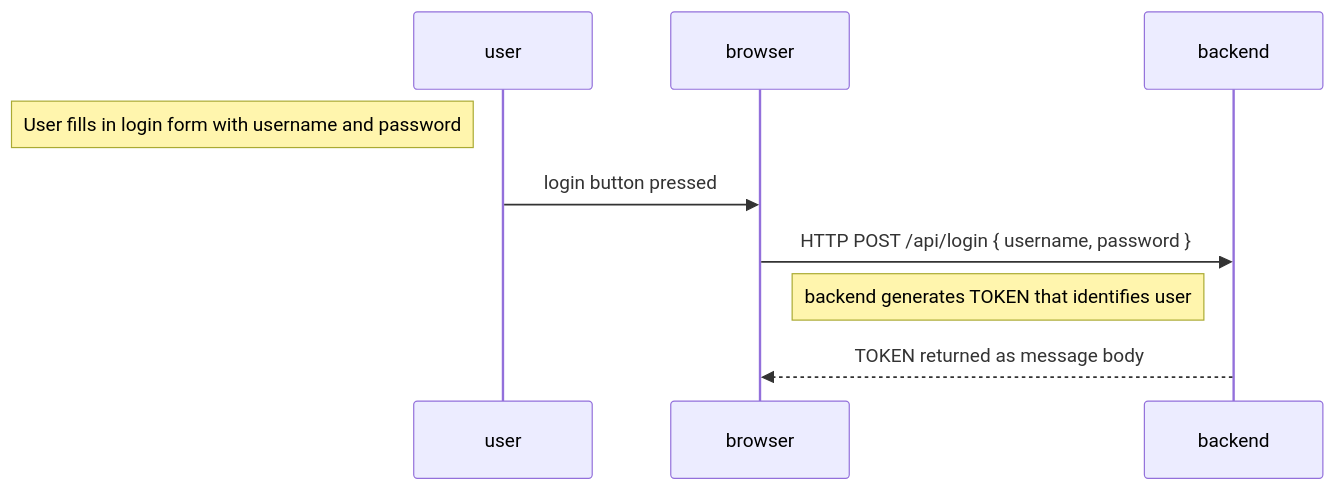
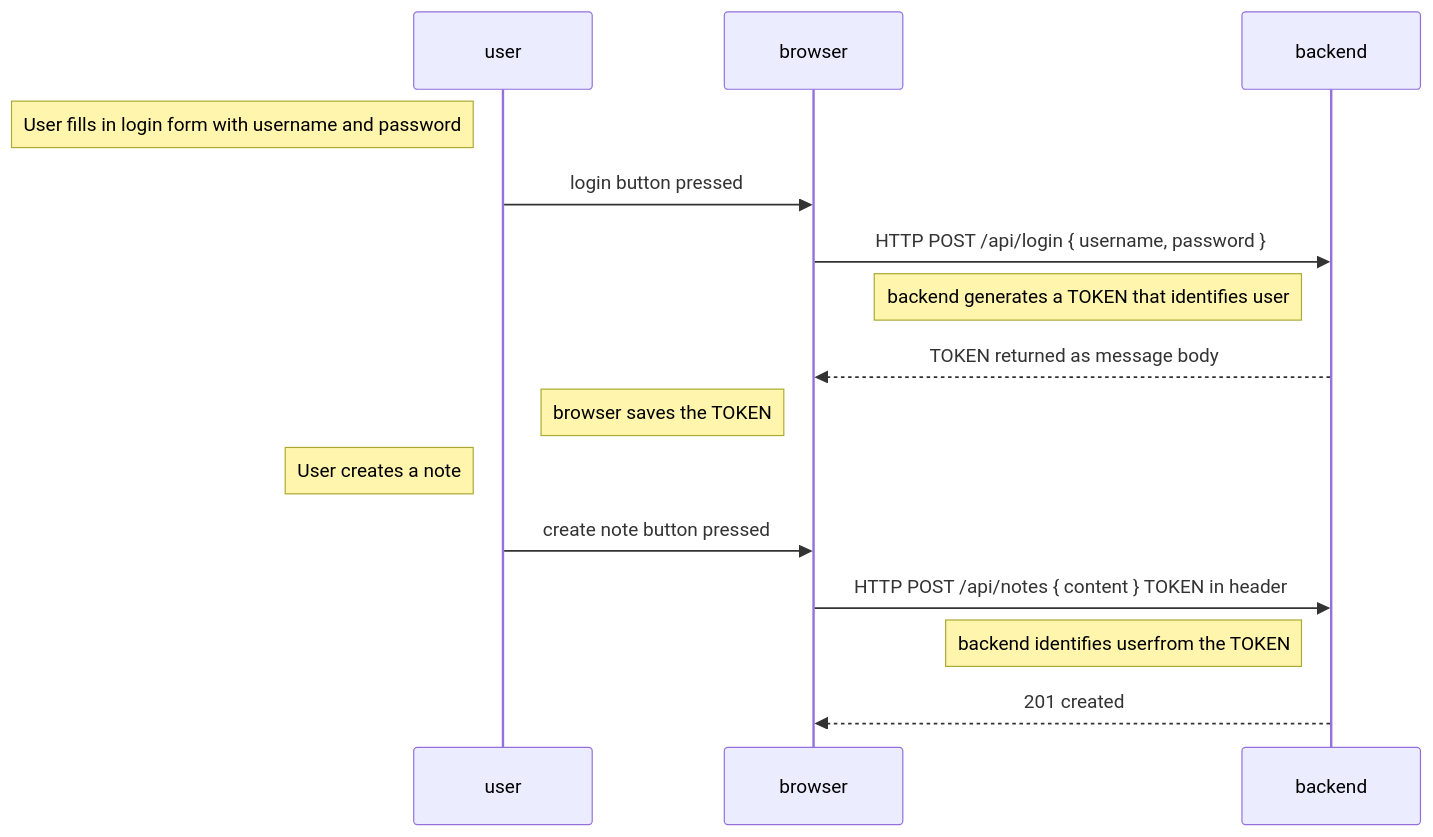
One commit to fullstack-hy2020/misc changed the third of 3 diagrams in README.md. Above: the diagram before and after it, drawn with Mermaid.

````diff
--- a/README.md
+++ b/README.md
@@ -54,14 +54,23 @@
 ```mermaid
 sequenceDiagram
     participant user
     participant browser
     participant backend
     
     Note left of user: User fills in login form with username and password
     user->>browser: login button pressed
     browser->>backend: HTTP POST /api/login { username, password }
     
-    Note left of backend: backend generates TOKEN that identifies user
-    backend-->>browser: TOKEN returned as message body  
+    Note left of backend: backend generates a TOKEN that identifies user
+    backend-->>browser: TOKEN returned as message body
+    
+    Note left of browser: browser saves the TOKEN
+    
+    Note left of user: User creates a note
+    
+    user ->> browser: create note button pressed
+    browser ->> backend: HTTP POST /api/notes { content } TOKEN in header
+    Note left of backend: backend identifies userfrom the TOKEN
 
+    backend -->> browser: 201 created
 ```
````
